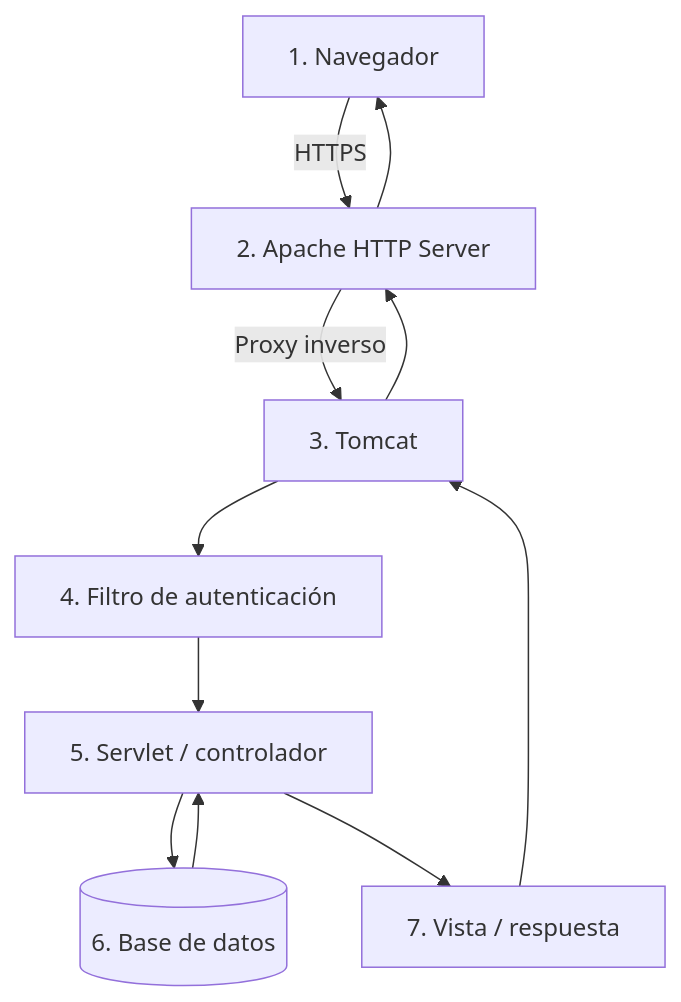
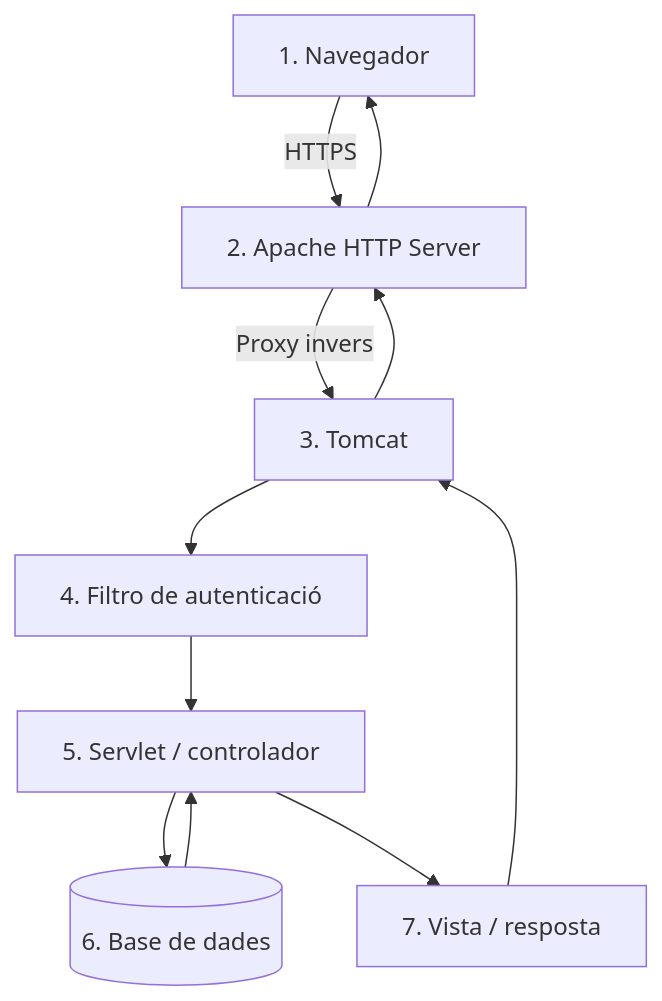
Before and after one commit to jordicido/jordicina: the fifth of 5 diagrams in docs/daw-daw/up3/01-servidor-aplicaciones.md, drawn with Mermaid. The commit also changed other lines of this file and 10 other files, not shown here.

````diff
--- a/docs/daw-daw/up3/01-servidor-aplicaciones.md
+++ b/docs/daw-daw/up3/01-servidor-aplicaciones.md
@@ -355,13 +355,13 @@
 ```mermaid
 flowchart TD
     A["1. Navegador"] -->|"HTTPS"| B["2. Apache HTTP Server"]
-    B -->|"Proxy inverso"| C["3. Tomcat"]
-    C --> D["4. Filtro de autenticación"]
+    B -->|"Proxy invers"| C["3. Tomcat"]
+    C --> D["4. Filtro de autenticació"]
     D --> E["5. Servlet / controlador"]
-    E --> F[("6. Base de datos")]
+    E --> F[("6. Base de dades")]
     F --> E
-    E --> G["7. Vista / respuesta"]
+    E --> G["7. Vista / resposta"]
     G --> C
     C --> B
     B --> A
 ```
````
